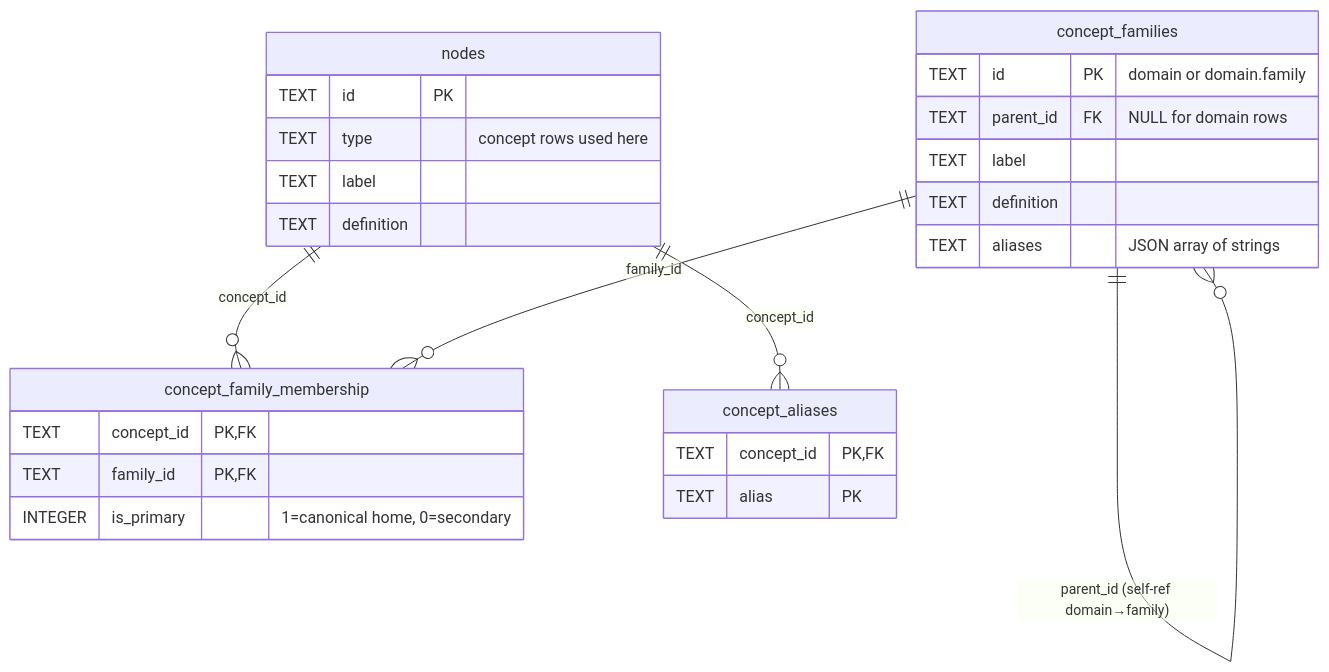
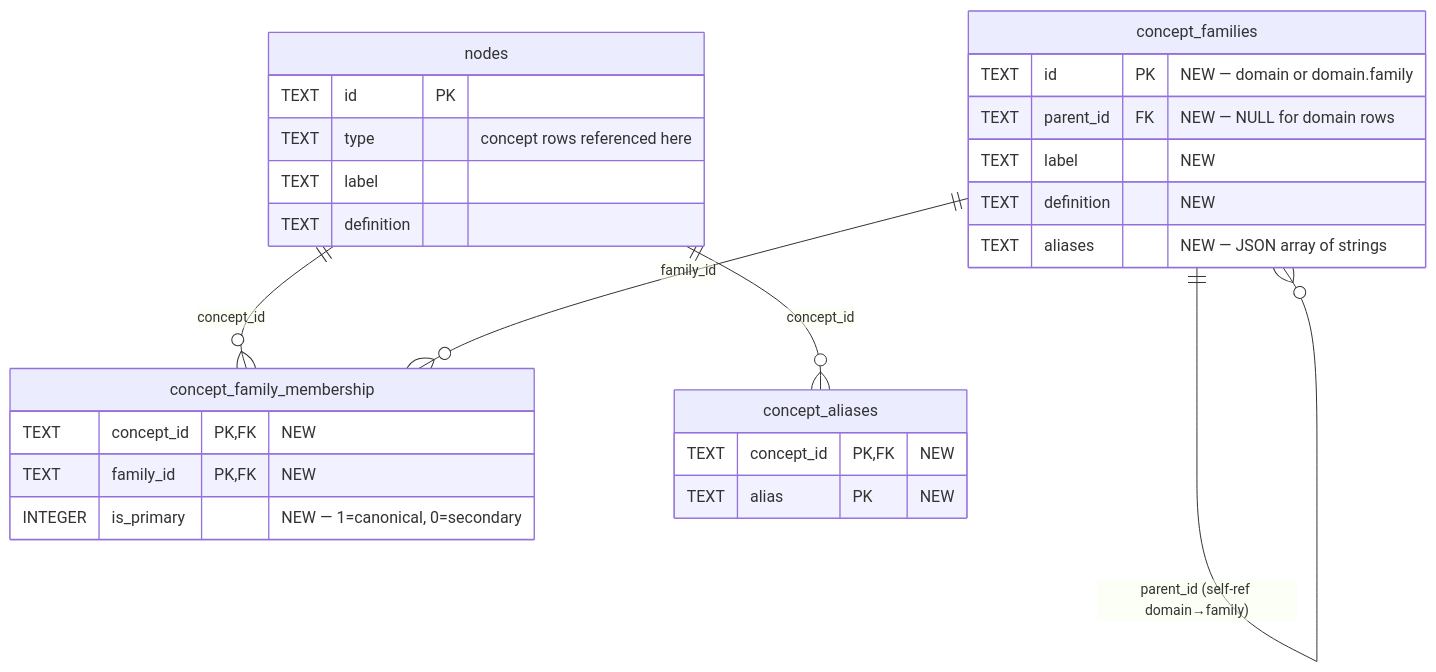
One commit to 4-R-C-4-N-4/guru changed the second of 6 diagrams in docs/concept-hierarchy/schema-diagrams.md. Above: the diagram before and after it, drawn with Mermaid. The commit also changed other lines of this file and 10 other files, not shown here.

First line of the commit message:
concept-hierarchy: restructure schema diagrams to one consolidated view

````diff
--- a/docs/concept-hierarchy/schema-diagrams.md
+++ b/docs/concept-hierarchy/schema-diagrams.md
@@ -145,33 +64,33 @@
 ```mermaid
 erDiagram
     nodes {
         TEXT id PK
-        TEXT type "concept rows used here"
+        TEXT type "concept rows referenced here"
         TEXT label
         TEXT definition
     }
 
     concept_families {
-        TEXT id PK "domain or domain.family"
-        TEXT parent_id FK "NULL for domain rows"
-        TEXT label
-        TEXT definition
-        TEXT aliases "JSON array of strings"
+        TEXT id PK "NEW — domain or domain.family"
+        TEXT parent_id FK "NEW — NULL for domain rows"
+        TEXT label "NEW"
+        TEXT definition "NEW"
+        TEXT aliases "NEW — JSON array of strings"
     }
 
     concept_family_membership {
-        TEXT concept_id PK, FK
-        TEXT family_id PK, FK
-        INTEGER is_primary "1=canonical home, 0=secondary"
+        TEXT concept_id PK, FK "NEW"
+        TEXT family_id PK, FK "NEW"
+        INTEGER is_primary "NEW — 1=canonical, 0=secondary"
     }
 
     concept_aliases {
-        TEXT concept_id PK, FK
-        TEXT alias PK
+        TEXT concept_id PK, FK "NEW"
+        TEXT alias PK "NEW"
     }
 
     concept_families ||--o{ concept_families : "parent_id (self-ref domain→family)"
     nodes ||--o{ concept_family_membership : "concept_id"
     concept_families ||--o{ concept_family_membership : "family_id"
     nodes ||--o{ concept_aliases : "concept_id"
 ```
````
